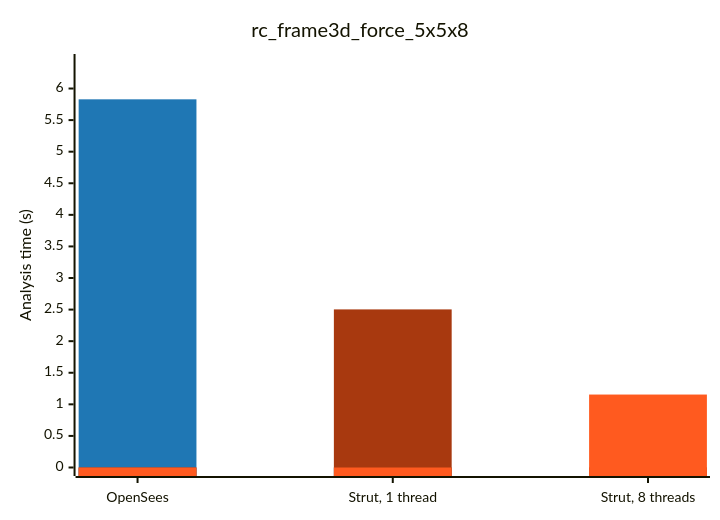
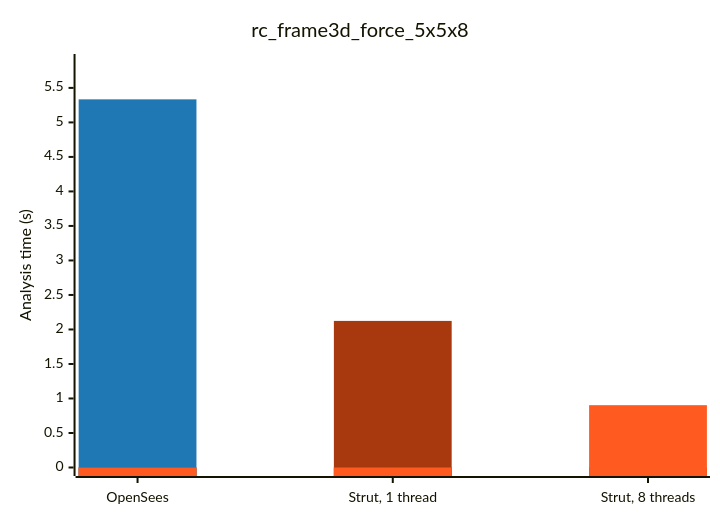
One commit to NathanaelRea/Strut changed the second of 9 diagrams in docs/benchmark-opensees-examples.md. Above: the diagram before and after it, drawn with Mermaid. The commit also changed other lines of this file and 23 other files, not shown here.

````diff
--- a/docs/benchmark-opensees-examples.md
+++ b/docs/benchmark-opensees-examples.md
@@ -44,15 +42,15 @@
 ```mermaid
 ---
 config:
   themeVariables:
     xyChart:
       plotColorPalette: '#1f77b4, #a8390f, #FF5A1F'
 ---
 xychart-beta
     title "rc_frame3d_force_5x5x8"
     x-axis ["OpenSees", "Strut, 1 thread", "Strut, 8 threads"]
-    y-axis "Analysis time (s)" 0 --> 6.412
-    bar "OS" [5.829, 0.0, 0.0]
-    bar "STR1" [0.0, 2.503, 0.0]
-    bar "STR" [0.0, 0.0, 1.155]
+    y-axis "Analysis time (s)" 0 --> 5.868
+    bar "OS" [5.334, 0.0, 0.0]
+    bar "STR1" [0.0, 2.124, 0.0]
+    bar "STR" [0.0, 0.0, 0.903]
 ```
````
